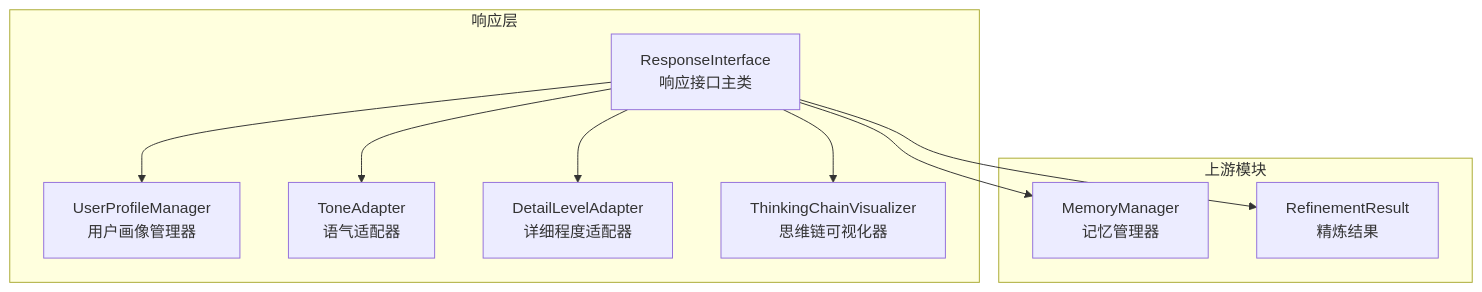
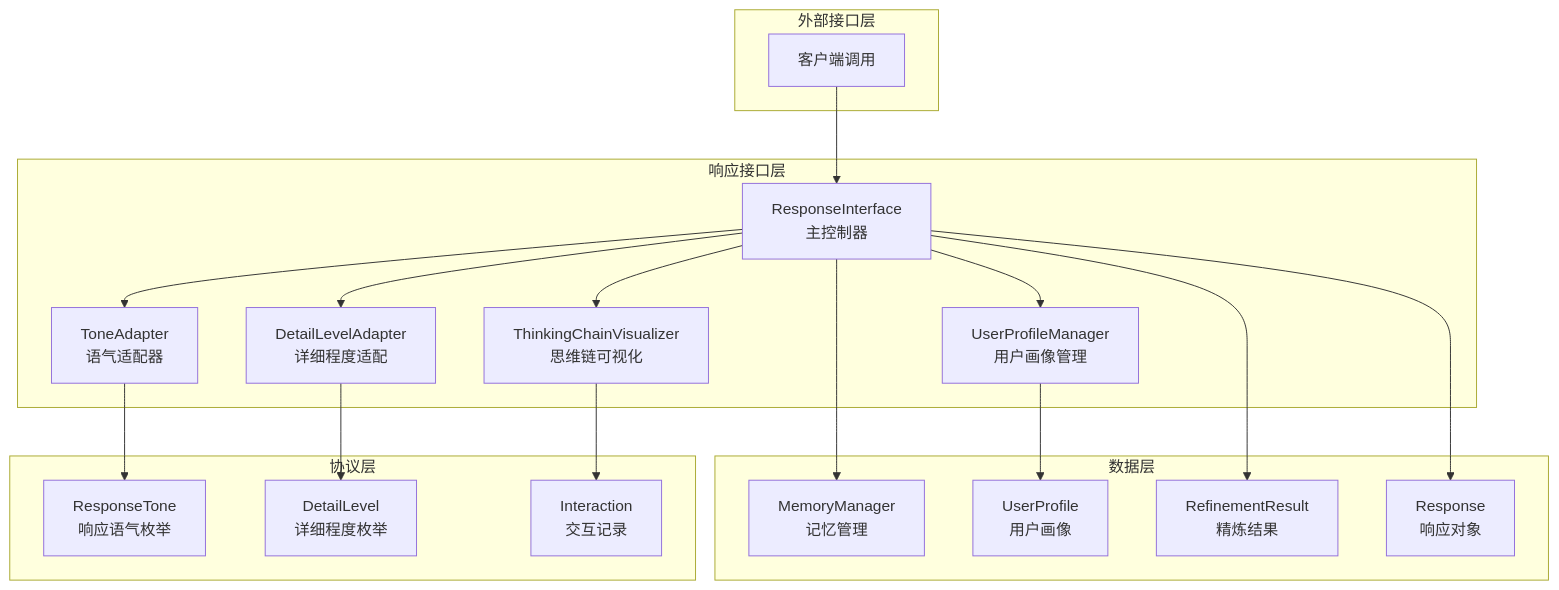
One commit to JieGaoPrinceton/NecoRAG changed the second of 11 diagrams in .qoder/repowiki/zh/content/交互层模块/响应接口核心.md. Above: the diagram before and after it, drawn with Mermaid. The commit also changed other lines of this file and 181 other files, not shown here.

````diff
--- a/.qoder/repowiki/zh/content/交互层模块/响应接口核心.md
+++ b/.qoder/repowiki/zh/content/交互层模块/响应接口核心.md
@@ -46,20 +122,36 @@
 ```mermaid
 graph TB
-subgraph "响应层"
-RI["ResponseInterface<br/>响应接口主类"]
-PM["UserProfileManager<br/>用户画像管理器"]
-TA["ToneAdapter<br/>语气适配器"]
-DA["DetailLevelAdapter<br/>详细程度适配器"]
-TV["ThinkingChainVisualizer<br/>思维链可视化器"]
+subgraph "外部接口层"
+Client[客户端调用]
 end
-subgraph "上游模块"
-MM["MemoryManager<br/>记忆管理器"]
-RR["RefinementResult<br/>精炼结果"]
+subgraph "响应接口层"
+RI[ResponseInterface<br/>主控制器]
+PM[UserProfileManager<br/>用户画像管理]
+DA[DetailLevelAdapter<br/>详细程度适配]
+TA[ToneAdapter<br/>语气适配器]
+TV[ThinkingChainVisualizer<br/>思维链可视化]
 end
+subgraph "数据层"
+RM[MemoryManager<br/>记忆管理]
+PR[UserProfile<br/>用户画像]
+RR[RefinementResult<br/>精炼结果]
+RESP[Response<br/>响应对象]
+end
+subgraph "协议层"
+PT[ResponseTone<br/>响应语气枚举]
+DL[DetailLevel<br/>详细程度枚举]
+INT[Interaction<br/>交互记录]
+end
+Client --> RI
 RI --> PM
+RI --> DA
 RI --> TA
-RI --> DA
 RI --> TV
-RI --> MM
+RI --> RM
+PM --> PR
+DA --> DL
+TA --> PT
+TV --> INT
 RI --> RR
+RI --> RESP
 ```
````
